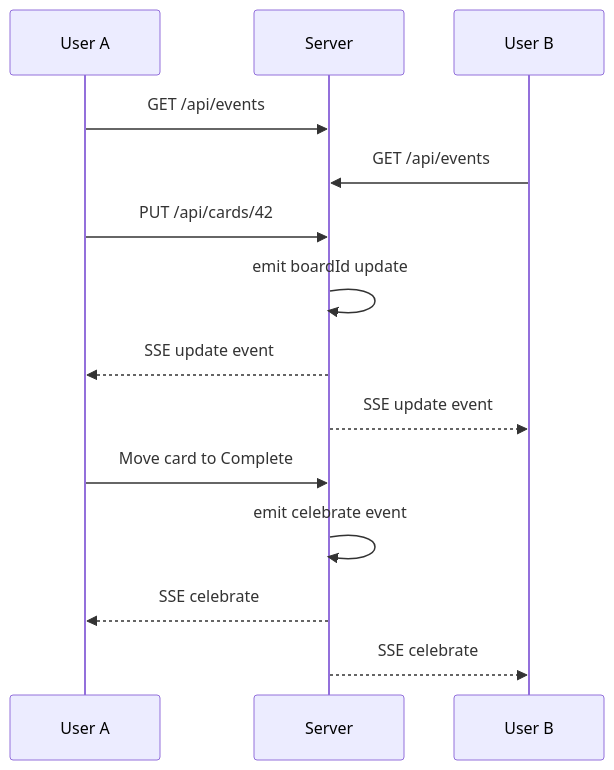
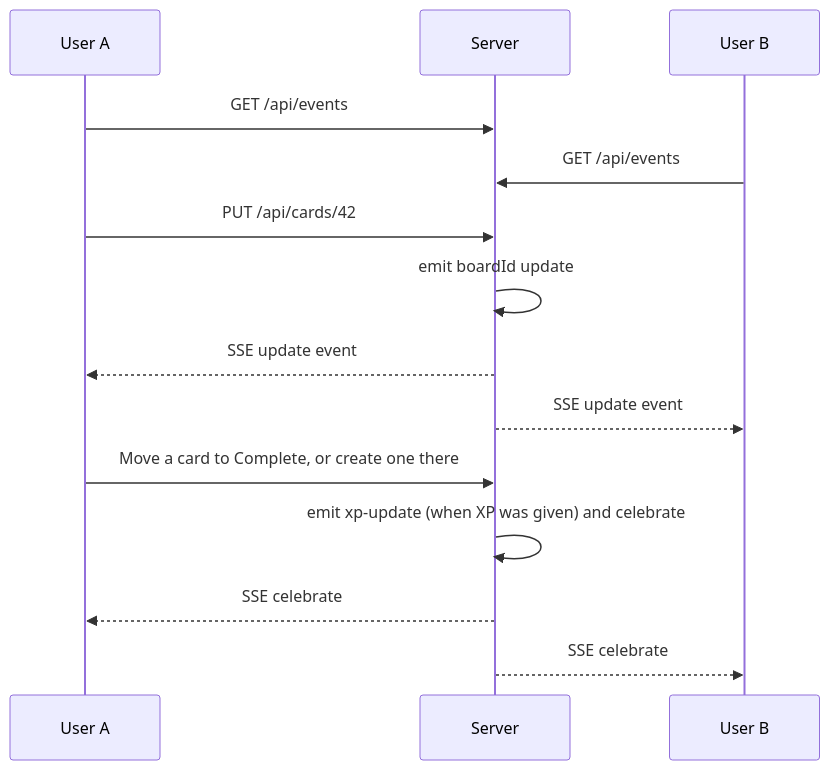
The eighth of 14 diagrams in docs/architecture.md (gitBoon/DumpFire), drawn with Mermaid before and after one commit. The commit also changed other lines of this file and 317 other files, not shown here.

````diff
--- a/docs/architecture.md
+++ b/docs/architecture.md
@@ -182,19 +588,19 @@
 ```mermaid
 sequenceDiagram
     participant A as User A
     participant S as Server
     participant B as User B
 
     A->>S: GET /api/events
     B->>S: GET /api/events
 
     A->>S: PUT /api/cards/42
     S->>S: emit boardId update
     S-->>A: SSE update event
     S-->>B: SSE update event
 
-    A->>S: Move card to Complete
-    S->>S: emit celebrate event
+    A->>S: Move a card to Complete, or create one there
+    S->>S: emit xp-update (when XP was given) and celebrate
     S-->>A: SSE celebrate
     S-->>B: SSE celebrate
 ```
````
